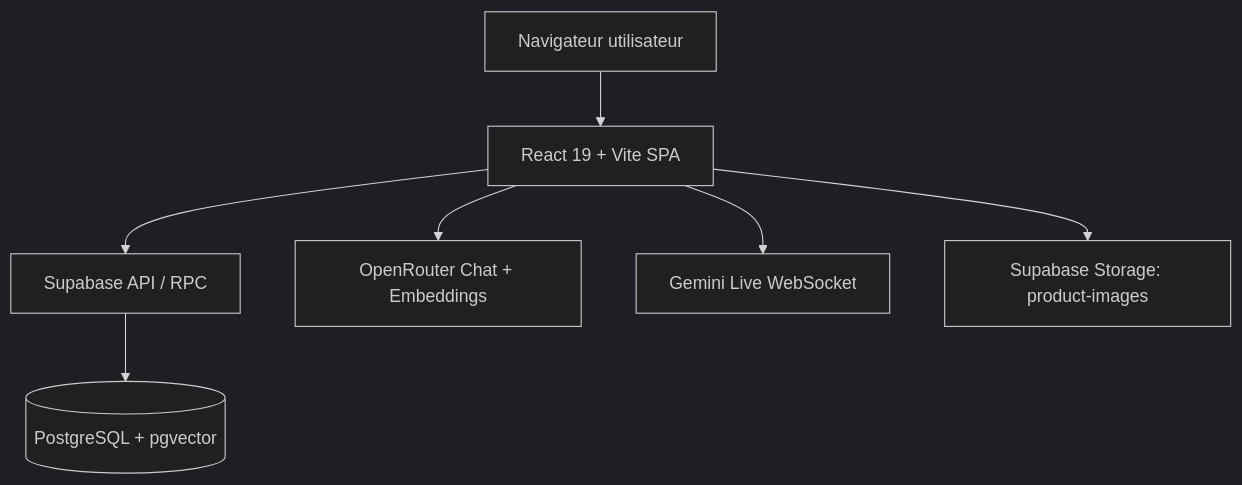
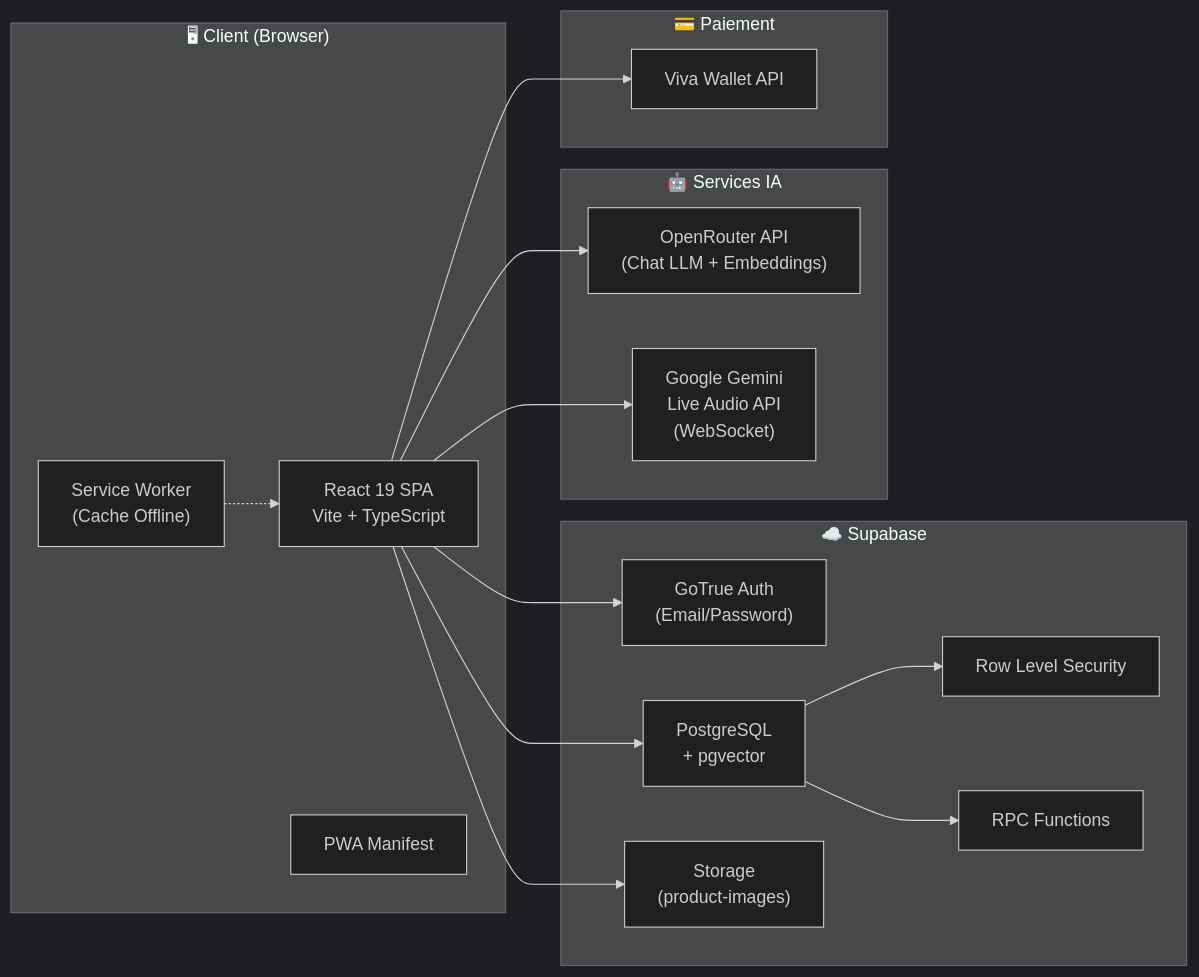
One commit to moonback/Green-Mood-project changed the first of 4 diagrams in ARCHITECTURE.md. Above: the diagram before and after it, drawn with Mermaid (dark theme). The commit also changed other lines of this file and 6 other files, not shown here.

Commit message:
docs: Overhaul and expand project documentation, including architecture, contributing guidelines, database schema, and API details.

````diff
--- a/ARCHITECTURE.md
+++ b/ARCHITECTURE.md
@@ -11,9 +13,35 @@
 ```mermaid
-graph TD
-  Client[Navigateur utilisateur] --> Frontend[React 19 + Vite SPA]
-  Frontend --> SupabaseAPI[Supabase API / RPC]
-  SupabaseAPI --> Postgres[(PostgreSQL + pgvector)]
-  Frontend --> OpenRouter[OpenRouter Chat + Embeddings]
-  Frontend --> Gemini[Gemini Live WebSocket]
-  Frontend --> Storage[Supabase Storage: product-images]
+flowchart LR
+    subgraph Client["🖥 Client (Browser)"]
+        SPA["React 19 SPA<br/>Vite + TypeScript"]
+        SW["Service Worker<br/>(Cache Offline)"]
+        PWA["PWA Manifest"]
+    end
+
+    subgraph Supabase["☁️ Supabase"]
+        Auth["GoTrue Auth<br/>(Email/Password)"]
+        DB["PostgreSQL<br/>+ pgvector"]
+        Storage["Storage<br/>(product-images)"]
+        RLS["Row Level Security"]
+        RPC["RPC Functions"]
+    end
+
+    subgraph AI["🤖 Services IA"]
+        OpenRouter["OpenRouter API<br/>(Chat LLM + Embeddings)"]
+        Gemini["Google Gemini<br/>Live Audio API<br/>(WebSocket)"]
+    end
+
+    subgraph Payment["💳 Paiement"]
+        Viva["Viva Wallet API"]
+    end
+
+    SPA --> Auth
+    SPA --> DB
+    SPA --> Storage
+    SPA --> OpenRouter
+    SPA --> Gemini
+    SPA --> Viva
+    DB --> RLS
+    DB --> RPC
+    SW -.-> SPA
 ```
````
